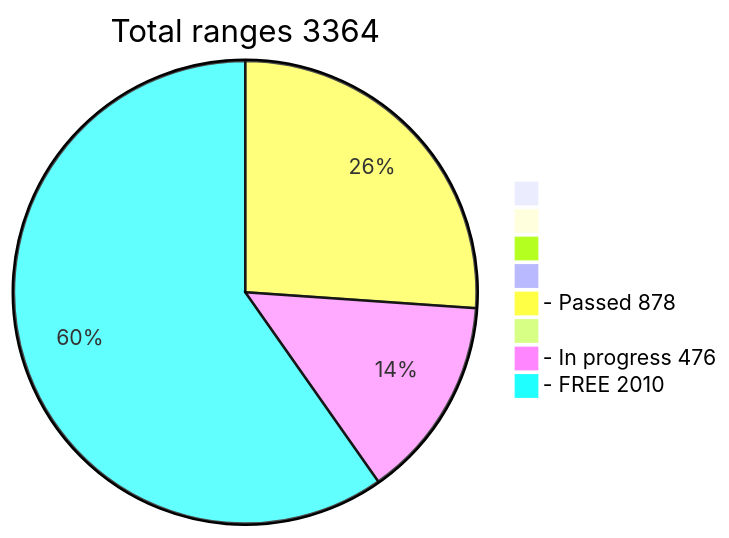
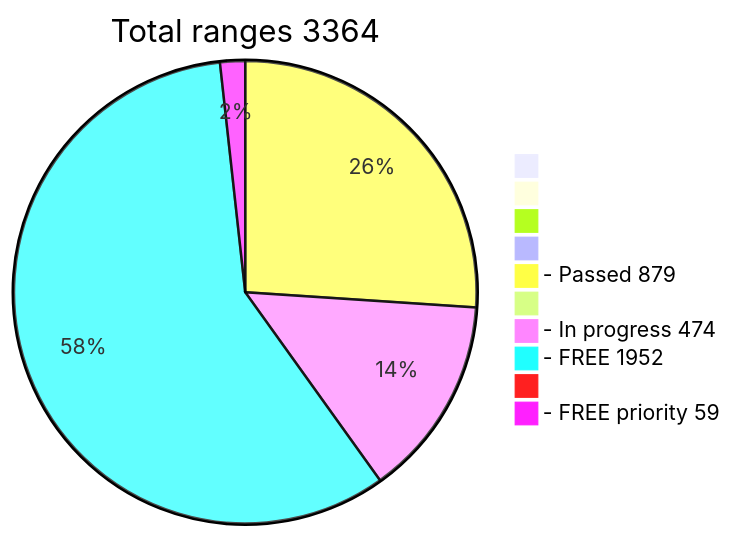
The diagram in README.md (phrutis/wif500), drawn with Mermaid before and after one commit.

````diff
--- a/README.md
+++ b/README.md
@@ -16,11 +16,14 @@
 ```mermaid
 pie title Total ranges 3364
              " " : 0
             "  " : 0
            "   " : 0
           "    " : 0
-  "- Passed 878" : 878
+  "- Passed 879" : 879
          "     " : 0
-  "- In progress 476" : 476
-   "- FREE 2010" : 2010
+  "- In progress 474" : 474
+   "- FREE 1952" : 1962
+        "      " : 0
+       "- FREE priority 59" : 59
+   
 ```
````
